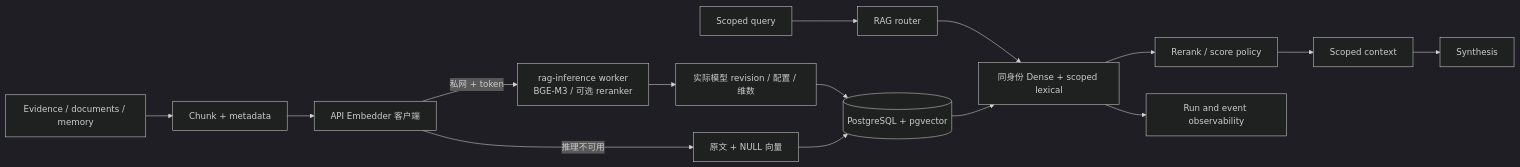
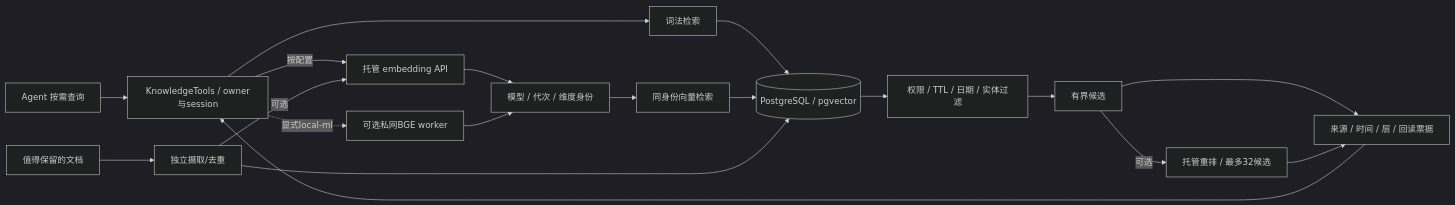
The diagram in docs/05_RAG_ARCHITECTURE.md (kkkano/FinSight), drawn with Mermaid (dark theme) before and after one commit. The commit also changed other lines of this file and 16 other files, not shown here.

Commit message:
document native research architecture and operations

````diff
--- a/docs/05_RAG_ARCHITECTURE.md
+++ b/docs/05_RAG_ARCHITECTURE.md
@@ -15,17 +15,21 @@
-```mermaid
+~~~mermaid
 flowchart LR
-    SRC[Evidence / documents / memory] --> CHUNK[Chunk + metadata]
-    CHUNK --> CLIENT[API Embedder 客户端]
-    CLIENT -->|私网 + token| EMB[rag-inference worker\nBGE-M3 / 可选 reranker]
-    EMB --> ID[实际模型 revision / 配置 / 维数]
-    ID --> PG[(PostgreSQL + pgvector)]
-    CLIENT -->|推理不可用| LEX[原文 + NULL 向量]
-    LEX --> PG
-    QUERY[Scoped query] --> ROUTE[RAG router]
-    ROUTE --> RETRIEVE[同身份 Dense + scoped lexical]
-    PG --> RETRIEVE
-    RETRIEVE --> RERANK[Rerank / score policy]
-    RERANK --> CONTEXT[Scoped context]
-    CONTEXT --> SYNTH[Synthesis]
-    RETRIEVE --> OBS[Run and event observability]
-```
+    QUERY[Agent 按需查询] --> TOOLS[KnowledgeTools / owner与session]
+    TOOLS --> LEX[词法检索]
+    TOOLS -->|按配置| API[托管 embedding API]
+    API --> ID[模型 / 代次 / 维度身份]
+    ID --> DENSE[同身份向量检索]
+    LEX --> PG[(PostgreSQL / pgvector)]
+    DENSE --> PG
+    DOC[值得保留的文档] --> INGEST[独立摄取/去重]
+    INGEST --> PG
+    INGEST -->|可选| API
+    PG --> FILTER[权限 / TTL / 日期 / 实体过滤]
+    FILTER --> CAND[有界候选]
+    CAND -->|可选| RERANK[托管重排 / 最多32候选]
+    CAND --> HIT[来源 / 时间 / 层 / 回读票据]
+    RERANK --> HIT
+    HIT --> TOOLS
+    TOOLS -. 显式local-ml .-> LOCAL[可选私网BGE worker]
+    LOCAL --> ID
+~~~
````
